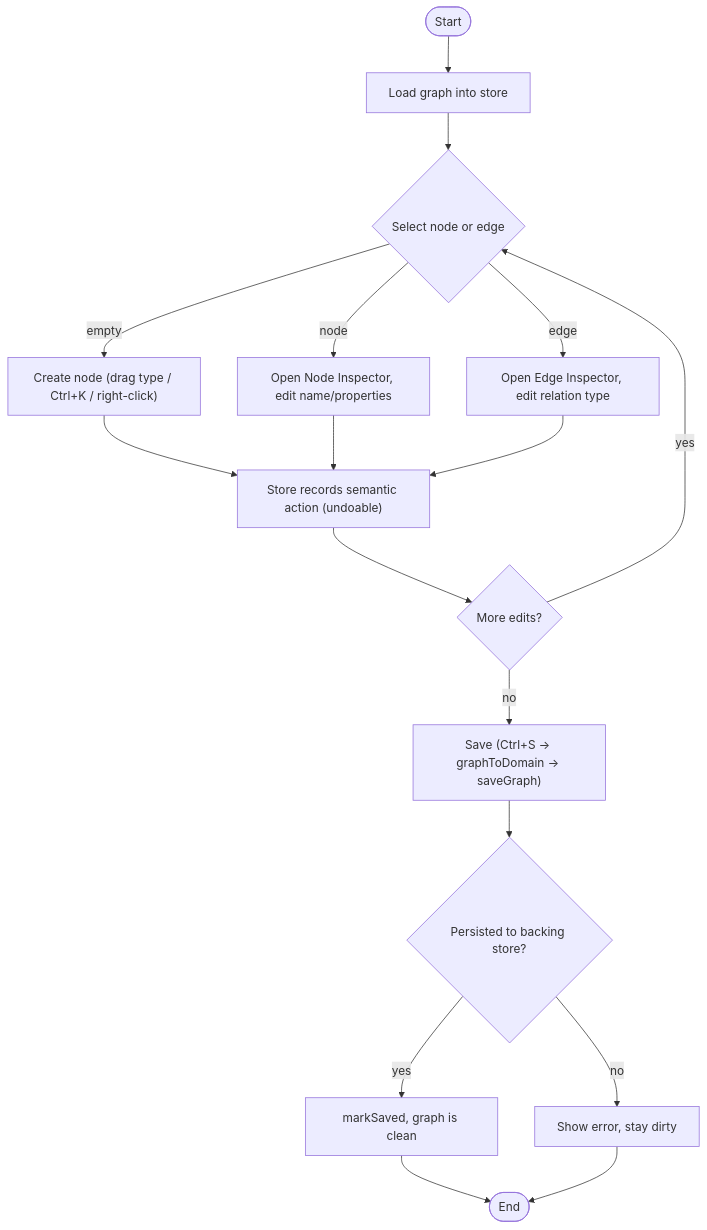
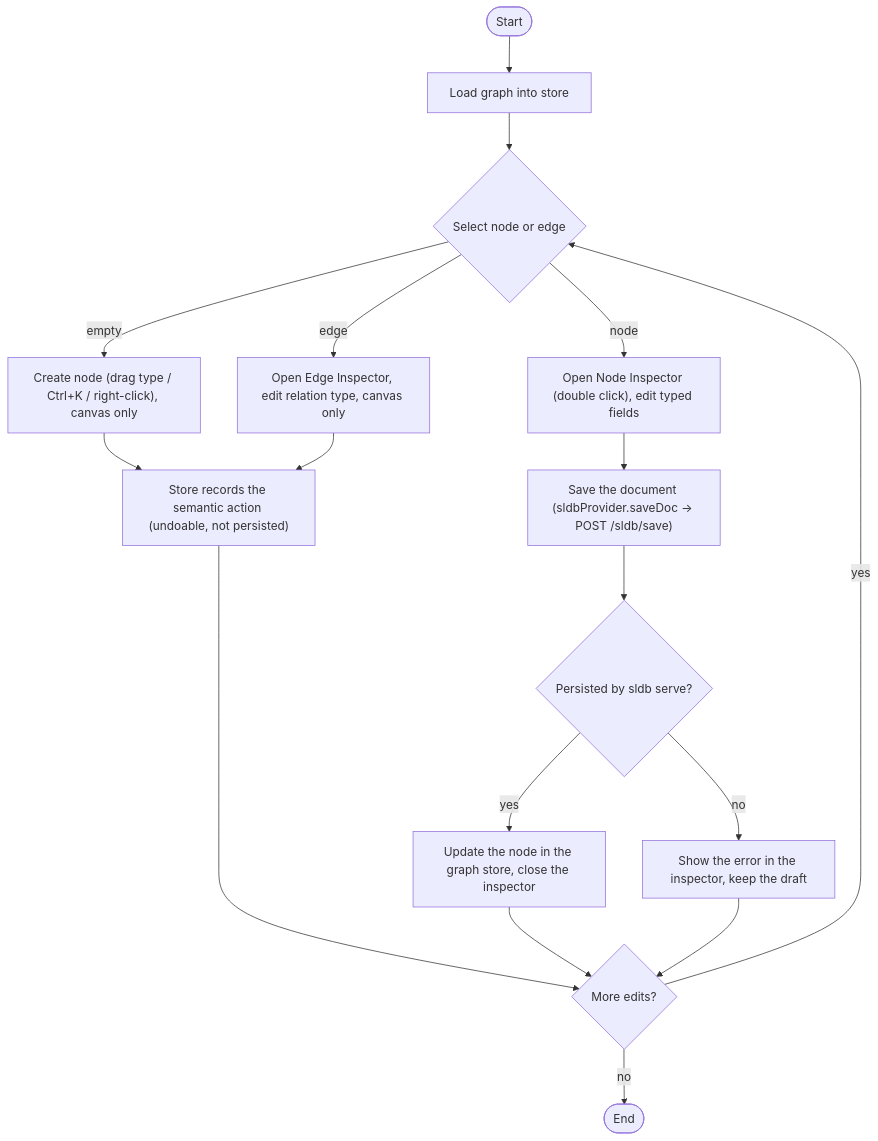
Before and after one commit to jpcosec/graph_ui: the diagram in docs/diagrams/activity.edit-flow.mmd, drawn with Mermaid. The commit also changed 10 other files, not shown here.

```diff
--- a/docs/diagrams/activity.edit-flow.mmd
+++ b/docs/diagrams/activity.edit-flow.mmd
@@ -1,30 +1,31 @@
+%% spec2viz: generated from docs/specs/activity.edit-flow.yml; do not edit, run `spec2viz diagram validate docs/specs/activity.edit-flow.yml` and re-render
 flowchart TD
     __start([Start])
     load_graph["Load graph into store"]
     select{"Select node or edge"}
-    create["Create node (drag type / Ctrl+K / right-click)"]
-    edit_node["Open Node Inspector, edit name/properties"]
-    edit_edge["Open Edge Inspector, edit relation type"]
-    mark_dirty["Store records semantic action (undoable)"]
+    create["Create node (drag type / Ctrl+K / right-click), canvas only"]
+    edit_node["Open Node Inspector (double click), edit typed fields"]
+    edit_edge["Open Edge Inspector, edit relation type, canvas only"]
+    record_action["Store records the semantic action (undoable, not persisted)"]
+    save_document["Save the document (sldbProvider.saveDoc -#gt; POST /sldb/save)"]
+    persisted_check{"Persisted by sldb serve?"}
+    update_node["Update the node in the graph store, close the inspector"]
+    save_failed["Show the error in the inspector, keep the draft"]
     more_edits{"More edits?"}
-    save["Save (Ctrl+S -> graphToDomain -> saveGraph)"]
-    persisted_check{"Persisted to backing store?"}
-    mark_saved["markSaved, graph is clean"]
-    save_failed["Show error, stay dirty"]
     __end([End])
     __start --> load_graph
     load_graph --> select
-    select -->|node| edit_node
-    select -->|edge| edit_edge
-    select -->|empty| create
-    create --> mark_dirty
-    edit_node --> mark_dirty
-    edit_edge --> mark_dirty
-    mark_dirty --> more_edits
-    more_edits -->|yes| select
-    more_edits -->|no| save
-    save --> persisted_check
-    persisted_check -->|yes| mark_saved
-    persisted_check -->|no| save_failed
-    mark_saved --> __end
-    save_failed --> __end
+    select -->|"node"| edit_node
+    select -->|"edge"| edit_edge
+    select -->|"empty"| create
+    create --> record_action
+    edit_node --> save_document
+    edit_edge --> record_action
+    record_action --> more_edits
+    save_document --> persisted_check
+    persisted_check -->|"yes"| update_node
+    persisted_check -->|"no"| save_failed
+    update_node --> more_edits
+    save_failed --> more_edits
+    more_edits -->|"yes"| select
+    more_edits -->|"no"| __end
```
